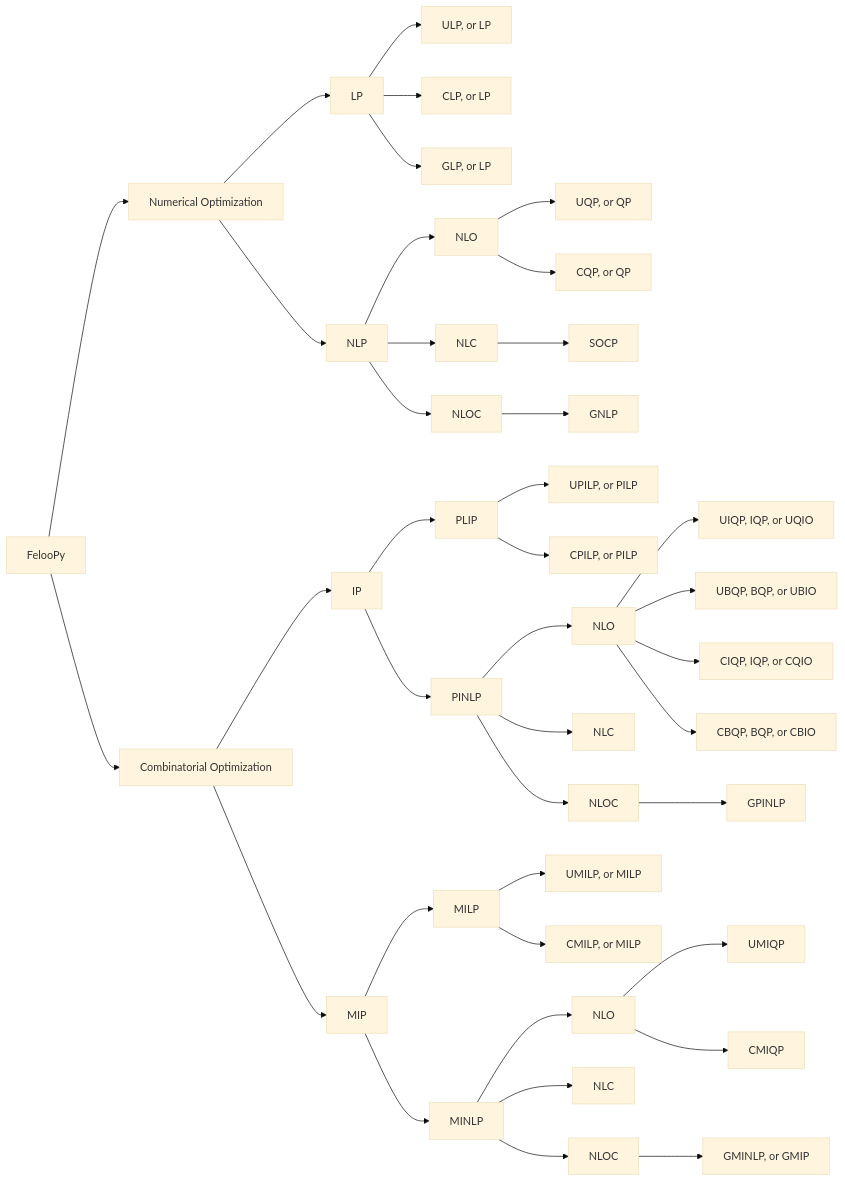
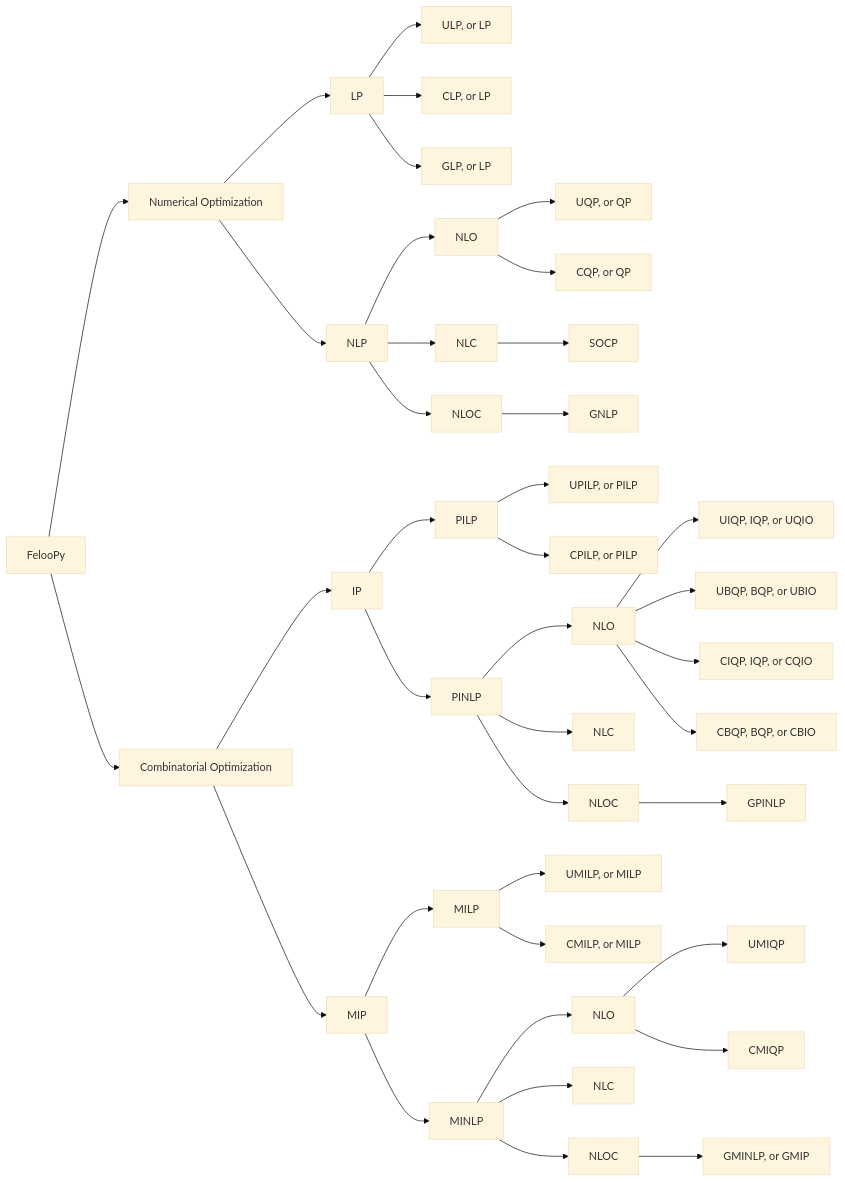
Before and after one commit to ktafakkori/feloopy: the diagram in README.md, drawn with Mermaid (base theme). The commit also changed other lines of this file, not shown here.

Commit message:
revised files.

````diff
--- a/README.md
+++ b/README.md
@@ -80,41 +80,41 @@
 ```mermaid
 graph LR 
  CLASS["FelooPy"] --> SUBCLASS1["Numerical Optimization"]
  CLASS["FelooPy"] --> SUBCLASS2["Combinatorial Optimization"]
  SUBCLASS1["Numerical Optimization"] --> A["LP"]
  SUBCLASS1["Numerical Optimization"] --> B["NLP"]
  SUBCLASS2["Combinatorial Optimization"] --> C["IP"]
  SUBCLASS2["Combinatorial Optimization"] --> D["MIP"]
  A["LP"] --> A1["ULP, or LP"]
  A["LP"] --> A2["CLP, or LP"]
  A["LP"] --> A3["GLP, or LP"]
  B["NLP"] --> B1["NLO"]
  B1["NLO"] --> B11["UQP, or QP"]
  B1["NLO"] --> B12["CQP, or QP"]
  B["NLP"] --> B2["NLC"]
  B2["NLC"] --> B21["SOCP"]
  B["NLP"] --> B3["NLOC"]
  B3["NLOC"] --> B31["GNLP"]
  C["IP"] --> C1["PILP"]
- C1["PLIP"] --> C11["UPILP, or PILP"]
- C1["PLIP"] --> C12["CPILP, or PILP"]
+ C1["PILP"] --> C11["UPILP, or PILP"]
+ C1["PILP"] --> C12["CPILP, or PILP"]
  C["IP"] --> C2["PINLP"]
  C2["PINLP"] --> C21["NLO"]
  C21["NLO"] --> C211["UIQP, IQP, or UQIO"]
  C21["NLO"] --> C212["UBQP, BQP, or UBIO"]
  C21["NLO"] --> C213["CIQP, IQP, or CQIO"]
  C21["NLO"] --> C214["CBQP, BQP, or CBIO"]
  C2["PINLP"] --> C22["NLC"]
  C2["PINLP"] --> C23["NLOC"]
  C23["NLOC"] --> C231["GPINLP"]
  D["MIP"] --> D1["MILP"]  
  D1["MILP"] --> D11["UMILP, or MILP"]
  D1["MILP"] --> D12["CMILP, or MILP"]
  D["MIP"] --> D2["MINLP"]  
  D2["MINLP"] --> D21["NLO"]
  D21["NLO"] --> D211["UMIQP"]
  D21["NLO"] --> D212["CMIQP"]
  D2["MINLP"] --> D22["NLC"]
  D2["MINLP"] --> D23["NLOC"]
  D23["NLOC"] --> D231["GMINLP, or GMIP"]
 ```
````
